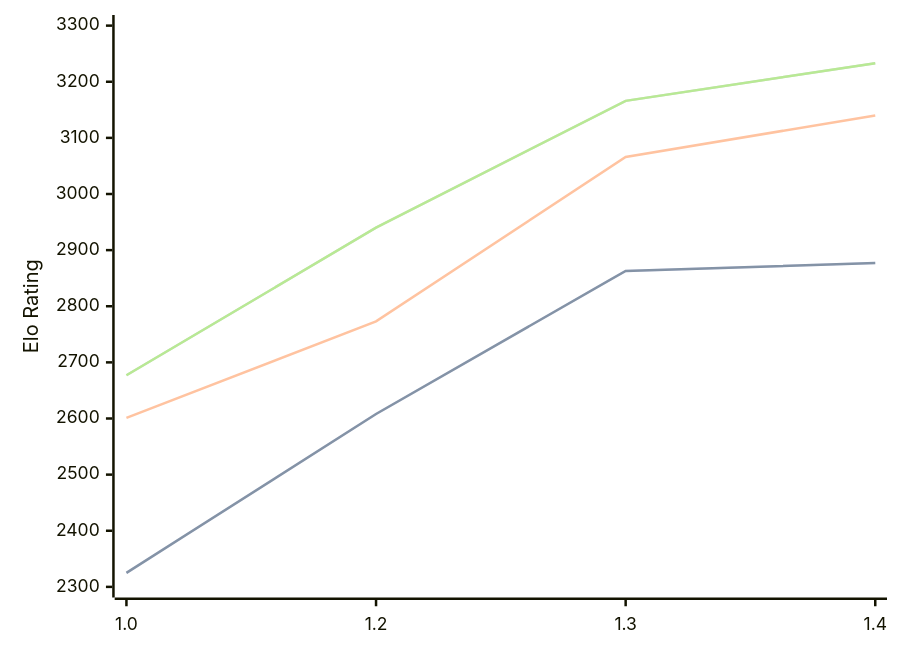
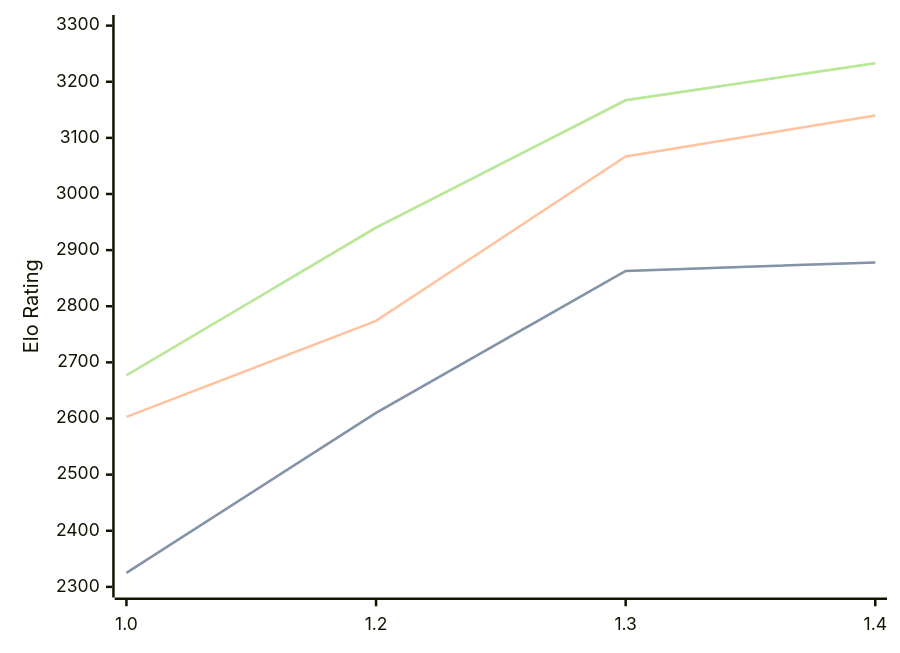
One commit to computer-chess-index/cci changed the diagram in engines/Chessnix.md. Above: the diagram before and after it, drawn with Mermaid. The commit also changed other lines of this file, not shown here.

Commit message:
Update CCI Ratings (ELO VLTC) - 2026-09-07

````diff
--- a/engines/Chessnix.md
+++ b/engines/Chessnix.md
@@ -34,11 +34,11 @@
 ```mermaid
 %%{init: {"theme":"base","themeVariables":{"seriesColors:['#a3a3a3','#222221','#faa371']}}}%%
 xychart-beta
   x-axis ["1.0", "1.2", "1.3", "1.4"]
   y-axis "Elo Rating" 2300 --> 3300
-  line "" [2325, 2608, 2863, 2877]
-  line "STC (8.0+0.08s)" [2325, 2608, 2863, 2877]
-  line "LTC (60.0+0.60s)" [2601, 2773, 3066, 3140]
-  line "" [2677, 2940, 3166, 3233]
-  line "VLTC (2m24s+1.12s)" [2677, 2940, 3166, 3233]
+  line "" [2325, 2610, 2863, 2878]
+  line "STC (8.0+0.08s)" [2325, 2610, 2863, 2878]
+  line "LTC (60.0+0.60s)" [2603, 2774, 3067, 3140]
+  line "" [2677, 2940, 3167, 3233]
+  line "VLTC (2m24s+1.12s)" [2677, 2940, 3167, 3233]
 ```
````
